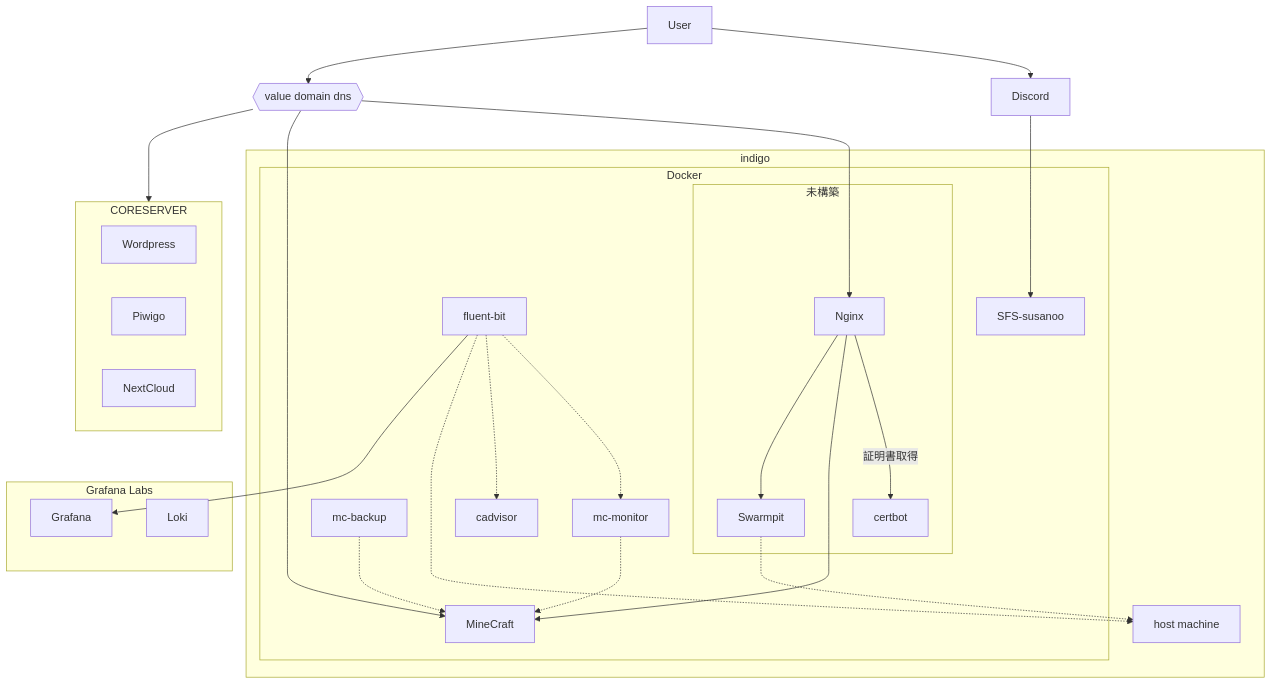
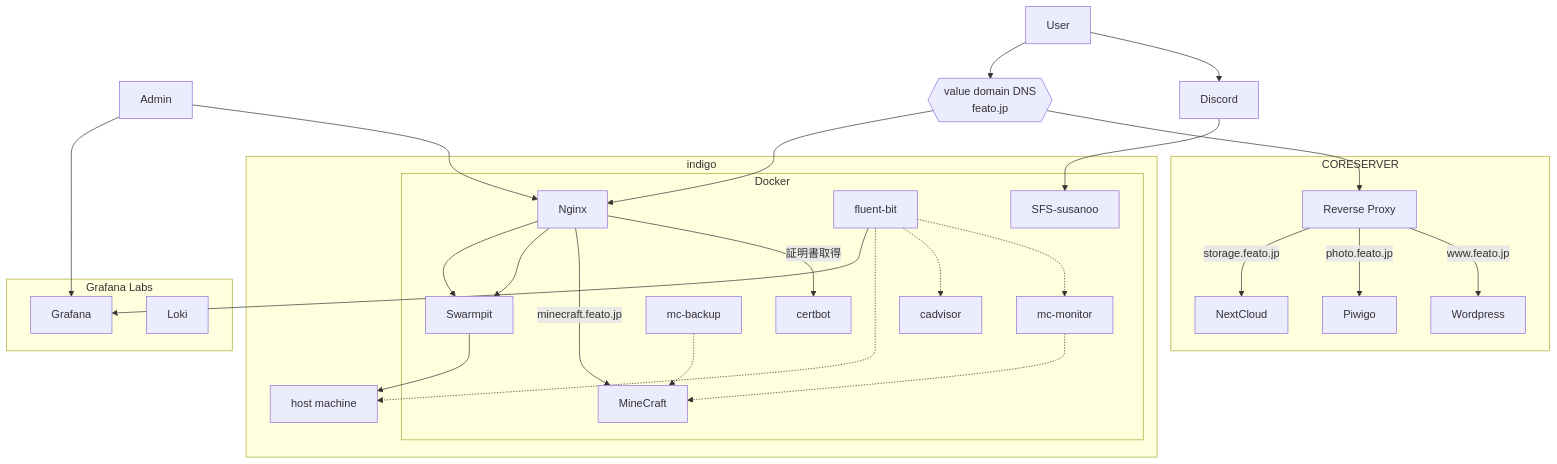
Before and after one commit to FEATO-org/it-infrastructure-server: the diagram in README.md, drawn with Mermaid.

Commit message:
docs: update infrastructure routing diagram

````diff
--- a/README.md
+++ b/README.md
@@ -5,49 +5,53 @@
 ```mermaid
 flowchart TB
 
+OU0[Admin]
 OU1[User]
 OU2[Discord]
-DNS{{value domain dns}}
+DNS{{value domain DNS \n feato.jp}}
 subgraph S1[indigo]
   MC["host machine"]
   subgraph DC[Docker]
-    subgraph NOT["未構築"]
-      C1[Nginx]
-      C2[certbot]
-      C9[Swarmpit]
-    end
+    C1[Nginx]
+    C2[certbot]
+    C9[Swarmpit]
     C3[MineCraft]
     C8[mc-backup]
     C4[fluent-bit]
     C5[mc-monitor]
     C6[cadvisor]
     C7[SFS-susanoo]
   end
 end
 subgraph S2[CORESERVER]
+  SS0[Reverse Proxy]
   SS1[Wordpress]
   SS2[Piwigo]
   SS3[NextCloud]
 end
 subgraph OS1["Grafana Labs"]
   OSS1[Grafana]
   OSS2[Loki]
 end
 
 OU1-->OU2
 OU2-->C7
 OU1-->DNS
-DNS-->S2
+DNS-->SS0
 DNS-->C1
-DNS-->C3
 C1--証明書取得-->C2
-C1-->C3
+C1--minecraft.feato.jp-->C3
 C1-->C9
 C8-.->C3
 C5-.->C3
 C4-.->C5
 C4-.->C6
 C4-.->MC
 C4-->OSS1
-C9-.->MC
+C9-->MC
+SS0--www.feato.jp-->SS1
+SS0--photo.feato.jp-->SS2
+SS0--storage.feato.jp-->SS3
+OU0-->C1-->C9
+OU0-->OSS1
 ```
````
